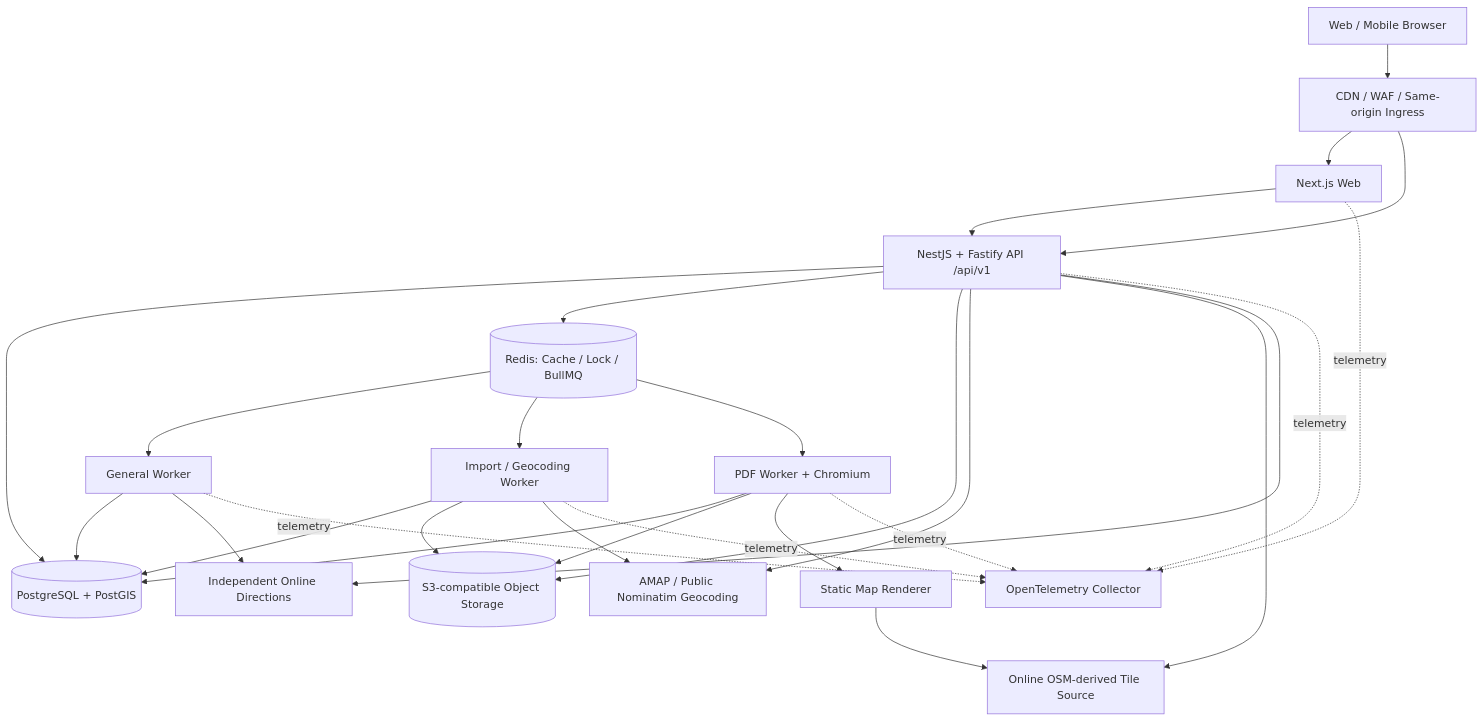
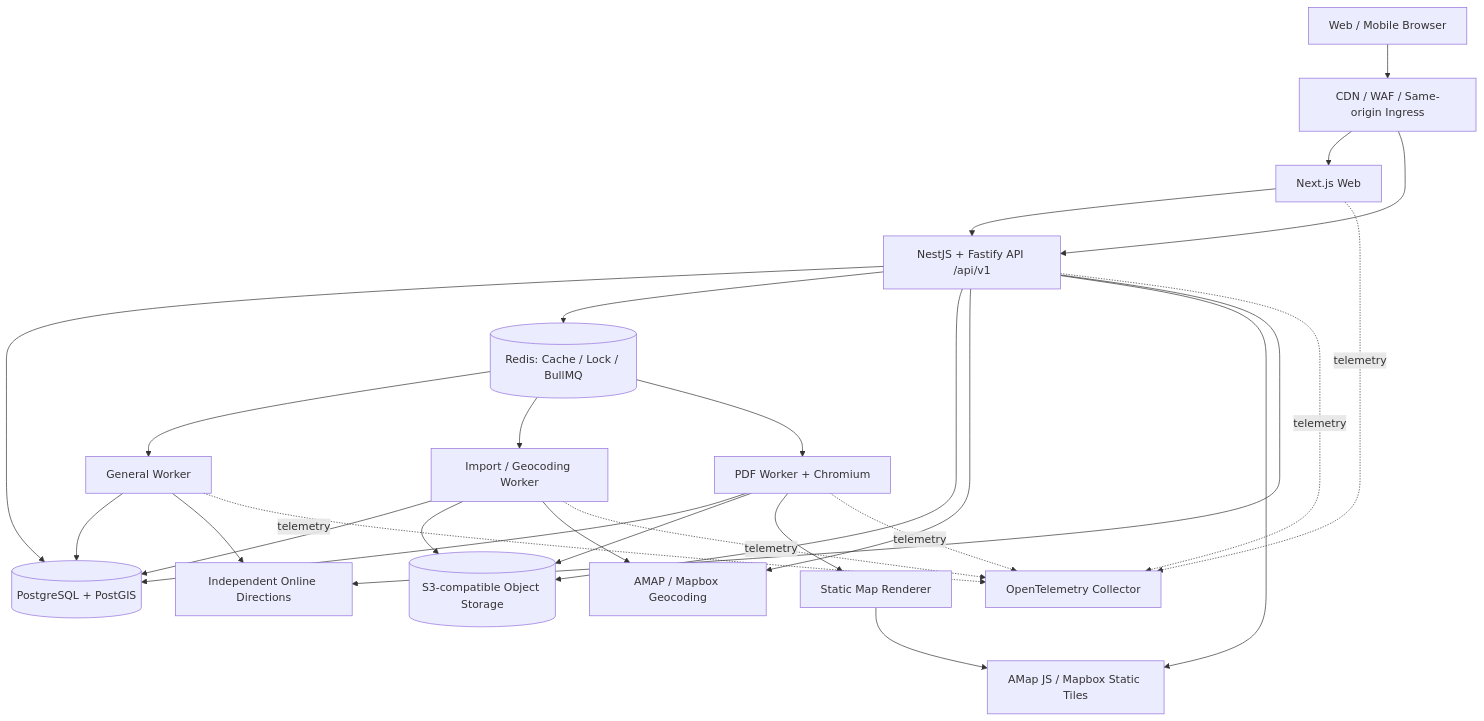
The third of 10 diagrams in docs/DESIGN.md (zinan-c/OnTheRoad), drawn with Mermaid before and after one commit. The commit also changed other lines of this file and 13 other files, not shown here.

````diff
--- a/docs/DESIGN.md
+++ b/docs/DESIGN.md
@@ -448,46 +448,46 @@
 ```mermaid
 flowchart TB
   U["Web / Mobile Browser"]
   CDN["CDN / WAF / Same-origin Ingress"]
   WEB["Next.js Web"]
   API["NestJS + Fastify API /api/v1"]
   DB[("PostgreSQL + PostGIS")]
   REDIS[("Redis: Cache / Lock / BullMQ")]
   S3[("S3-compatible Object Storage")]
   W1["General Worker"]
   W2["Import / Geocoding Worker"]
   W3["PDF Worker + Chromium"]
-  GEO["AMAP / Public Nominatim Geocoding"]
-  TILE["Online OSM-derived Tile Source"]
+  GEO["AMAP / Mapbox Geocoding"]
+  TILE["AMap JS / Mapbox Static Tiles"]
   DIR["Independent Online Directions"]
   STATIC["Static Map Renderer"]
   OTEL["OpenTelemetry Collector"]
 
   U --> CDN
   CDN --> WEB
   CDN --> API
   WEB --> API
   API --> DB
   API --> REDIS
   API --> S3
   API --> GEO
   API --> TILE
   API --> DIR
   REDIS --> W1
   REDIS --> W2
   REDIS --> W3
   W1 --> DB
   W1 --> DIR
   W2 --> DB
   W2 --> S3
   W2 --> GEO
   W3 --> DB
   W3 --> S3
   W3 --> STATIC
   STATIC --> TILE
   WEB -. telemetry .-> OTEL
   API -. telemetry .-> OTEL
   W1 -. telemetry .-> OTEL
   W2 -. telemetry .-> OTEL
   W3 -. telemetry .-> OTEL
 ```
````
